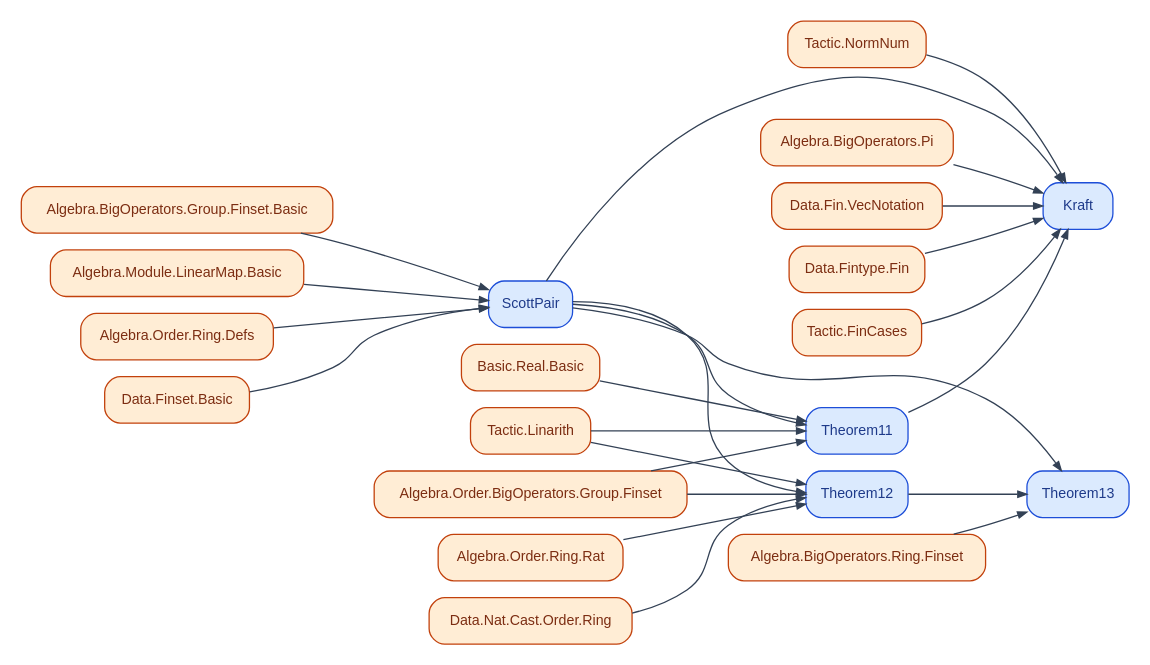
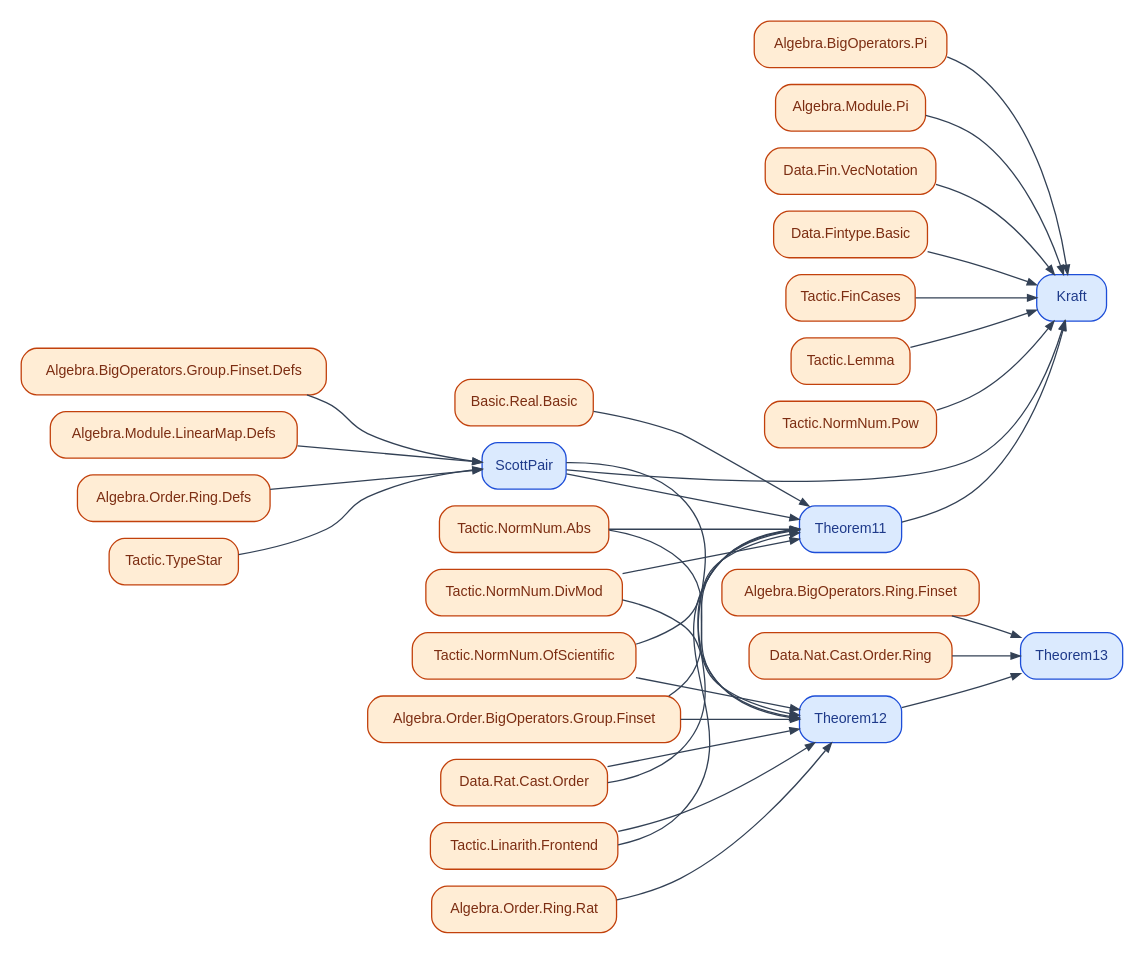
One commit to catskillsresearch/BachelorsInMeasurementTheory changed the diagram in figures/deps/Course21321.dot. Above: the diagram before and after it, drawn with Graphviz. The commit also changed 44 other files, not shown here.

Commit message:
Regenerate course Lean dependency Graphviz figures after the import shake.

```diff
--- a/figures/deps/Course21321.dot
+++ b/figures/deps/Course21321.dot
@@ -1,51 +1,66 @@
 digraph Course21321 {
   rankdir=LR;
   graph [nodesep=0.18, ranksep=0.45, pad=0.12, bgcolor="white"];
   node [shape=box, style="rounded,filled", fontname="Helvetica", fontsize=11];
   edge [color="#334155", arrowsize=0.7];
 
-  LAlgebraBigOperatorsGroupFinsetBasic [label="Algebra.BigOperators.Group.Finset.Basic", fillcolor="#ffedd5", color="#c2410c", fontcolor="#7c2d12"];
+  LAlgebraBigOperatorsGroupFinsetDefs [label="Algebra.BigOperators.Group.Finset.Defs", fillcolor="#ffedd5", color="#c2410c", fontcolor="#7c2d12"];
   LAlgebraBigOperatorsPi [label="Algebra.BigOperators.Pi", fillcolor="#ffedd5", color="#c2410c", fontcolor="#7c2d12"];
   LAlgebraBigOperatorsRingFinset [label="Algebra.BigOperators.Ring.Finset", fillcolor="#ffedd5", color="#c2410c", fontcolor="#7c2d12"];
-  LAlgebraModuleLinearMapBasic [label="Algebra.Module.LinearMap.Basic", fillcolor="#ffedd5", color="#c2410c", fontcolor="#7c2d12"];
+  LAlgebraModuleLinearMapDefs [label="Algebra.Module.LinearMap.Defs", fillcolor="#ffedd5", color="#c2410c", fontcolor="#7c2d12"];
+  LAlgebraModulePi [label="Algebra.Module.Pi", fillcolor="#ffedd5", color="#c2410c", fontcolor="#7c2d12"];
   LAlgebraOrderBigOperatorsGroupFinset [label="Algebra.Order.BigOperators.Group.Finset", fillcolor="#ffedd5", color="#c2410c", fontcolor="#7c2d12"];
   LAlgebraOrderRingDefs [label="Algebra.Order.Ring.Defs", fillcolor="#ffedd5", color="#c2410c", fontcolor="#7c2d12"];
   LAlgebraOrderRingRat [label="Algebra.Order.Ring.Rat", fillcolor="#ffedd5", color="#c2410c", fontcolor="#7c2d12"];
   LBasicRealBasic [label="Basic.Real.Basic", fillcolor="#ffedd5", color="#c2410c", fontcolor="#7c2d12"];
   LDataFinVecNotation [label="Data.Fin.VecNotation", fillcolor="#ffedd5", color="#c2410c", fontcolor="#7c2d12"];
-  LDataFinsetBasic [label="Data.Finset.Basic", fillcolor="#ffedd5", color="#c2410c", fontcolor="#7c2d12"];
-  LDataFintypeFin [label="Data.Fintype.Fin", fillcolor="#ffedd5", color="#c2410c", fontcolor="#7c2d12"];
+  LDataFintypeBasic [label="Data.Fintype.Basic", fillcolor="#ffedd5", color="#c2410c", fontcolor="#7c2d12"];
   LDataNatCastOrderRing [label="Data.Nat.Cast.Order.Ring", fillcolor="#ffedd5", color="#c2410c", fontcolor="#7c2d12"];
+  LDataRatCastOrder [label="Data.Rat.Cast.Order", fillcolor="#ffedd5", color="#c2410c", fontcolor="#7c2d12"];
   LTacticFinCases [label="Tactic.FinCases", fillcolor="#ffedd5", color="#c2410c", fontcolor="#7c2d12"];
-  LTacticLinarith [label="Tactic.Linarith", fillcolor="#ffedd5", color="#c2410c", fontcolor="#7c2d12"];
-  LTacticNormNum [label="Tactic.NormNum", fillcolor="#ffedd5", color="#c2410c", fontcolor="#7c2d12"];
+  LTacticLemma [label="Tactic.Lemma", fillcolor="#ffedd5", color="#c2410c", fontcolor="#7c2d12"];
+  LTacticLinarithFrontend [label="Tactic.Linarith.Frontend", fillcolor="#ffedd5", color="#c2410c", fontcolor="#7c2d12"];
+  LTacticNormNumAbs [label="Tactic.NormNum.Abs", fillcolor="#ffedd5", color="#c2410c", fontcolor="#7c2d12"];
+  LTacticNormNumDivMod [label="Tactic.NormNum.DivMod", fillcolor="#ffedd5", color="#c2410c", fontcolor="#7c2d12"];
+  LTacticNormNumOfScientific [label="Tactic.NormNum.OfScientific", fillcolor="#ffedd5", color="#c2410c", fontcolor="#7c2d12"];
+  LTacticNormNumPow [label="Tactic.NormNum.Pow", fillcolor="#ffedd5", color="#c2410c", fontcolor="#7c2d12"];
+  LTacticTypeStar [label="Tactic.TypeStar", fillcolor="#ffedd5", color="#c2410c", fontcolor="#7c2d12"];
   MKraft [label="Kraft", fillcolor="#dbeafe", color="#1d4ed8", fontcolor="#1e3a8a"];
   MScottPair [label="ScottPair", fillcolor="#dbeafe", color="#1d4ed8", fontcolor="#1e3a8a"];
   MTheorem11 [label="Theorem11", fillcolor="#dbeafe", color="#1d4ed8", fontcolor="#1e3a8a"];
   MTheorem12 [label="Theorem12", fillcolor="#dbeafe", color="#1d4ed8", fontcolor="#1e3a8a"];
   MTheorem13 [label="Theorem13", fillcolor="#dbeafe", color="#1d4ed8", fontcolor="#1e3a8a"];
 
+  LDataFintypeBasic -> MKraft;
+  LAlgebraBigOperatorsPi -> MKraft;
+  LDataFinVecNotation -> MKraft;
   LTacticFinCases -> MKraft;
-  LTacticNormNum -> MKraft;
-  LDataFinVecNotation -> MKraft;
-  LDataFintypeFin -> MKraft;
-  LAlgebraBigOperatorsPi -> MKraft;
+  LTacticLemma -> MKraft;
+  LAlgebraModulePi -> MKraft;
+  LTacticNormNumPow -> MKraft;
+  MScottPair -> MKraft;
   MTheorem11 -> MKraft;
-  MScottPair -> MKraft;
-  LAlgebraBigOperatorsGroupFinsetBasic -> MScottPair;
-  LDataFinsetBasic -> MScottPair;
+  LAlgebraBigOperatorsGroupFinsetDefs -> MScottPair;
+  LAlgebraModuleLinearMapDefs -> MScottPair;
+  LTacticTypeStar -> MScottPair;
   LAlgebraOrderRingDefs -> MScottPair;
-  LAlgebraModuleLinearMapBasic -> MScottPair;
+  LAlgebraOrderBigOperatorsGroupFinset -> MTheorem11;
+  LTacticNormNumAbs -> MTheorem11;
+  LTacticLinarithFrontend -> MTheorem11;
+  LTacticNormNumOfScientific -> MTheorem11;
   LBasicRealBasic -> MTheorem11;
-  LTacticLinarith -> MTheorem11;
-  LAlgebraOrderBigOperatorsGroupFinset -> MTheorem11;
+  LTacticNormNumDivMod -> MTheorem11;
+  LDataRatCastOrder -> MTheorem11;
   MScottPair -> MTheorem11;
-  LDataNatCastOrderRing -> MTheorem12;
-  LTacticLinarith -> MTheorem12;
+  LAlgebraOrderBigOperatorsGroupFinset -> MTheorem12;
+  LTacticNormNumAbs -> MTheorem12;
   LAlgebraOrderRingRat -> MTheorem12;
-  LAlgebraOrderBigOperatorsGroupFinset -> MTheorem12;
+  LTacticLinarithFrontend -> MTheorem12;
+  LTacticNormNumOfScientific -> MTheorem12;
+  LTacticNormNumDivMod -> MTheorem12;
+  LDataRatCastOrder -> MTheorem12;
   MScottPair -> MTheorem12;
+  LDataNatCastOrderRing -> MTheorem13;
   LAlgebraBigOperatorsRingFinset -> MTheorem13;
-  MScottPair -> MTheorem13;
   MTheorem12 -> MTheorem13;
 }
```
